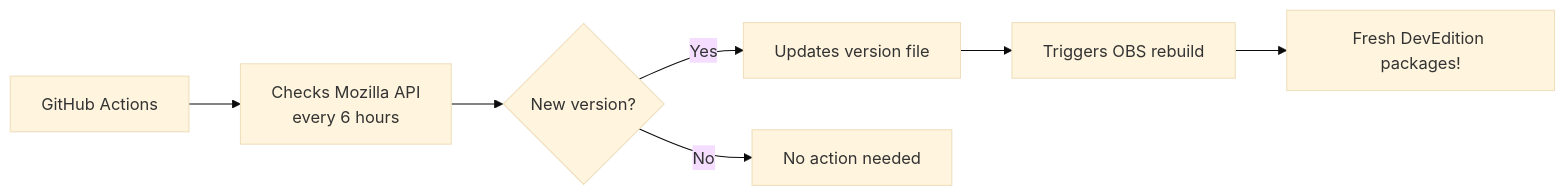
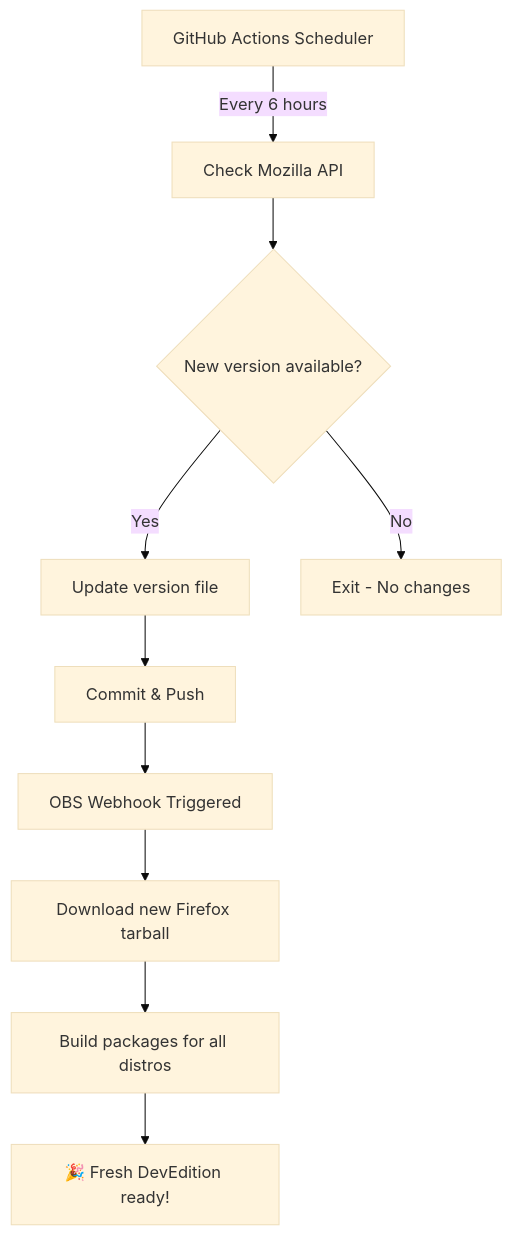
Before and after one commit to itachi-re/ff-dev-obs: the diagram in README.md, drawn with Mermaid (base theme). The commit also changed other lines of this file, not shown here.

````diff
--- a/README.md
+++ b/README.md
@@ -13,9 +29,12 @@
 ```mermaid
-graph LR
-    A[GitHub Actions] --> B[Checks Mozilla API<br/>every 6 hours]
-    B --> C{New version?}
-    C -->|Yes| D[Updates version file]
-    D --> E[Triggers OBS rebuild]
-    C -->|No| F[No action needed]
-    E --> G[Fresh DevEdition packages!]
+graph TB
+    A[GitHub Actions Scheduler] -->|Every 6 hours| B[Check Mozilla API]
+    B --> C{New version available?}
+    C -->|Yes| D[Update version file]
+    C -->|No| E[Exit - No changes]
+    D --> F[Commit & Push]
+    F --> G[OBS Webhook Triggered]
+    G --> H[Download new Firefox tarball]
+    H --> I[Build packages for all distros]
+    I --> J[🎉 Fresh DevEdition ready!]
 ```
````
